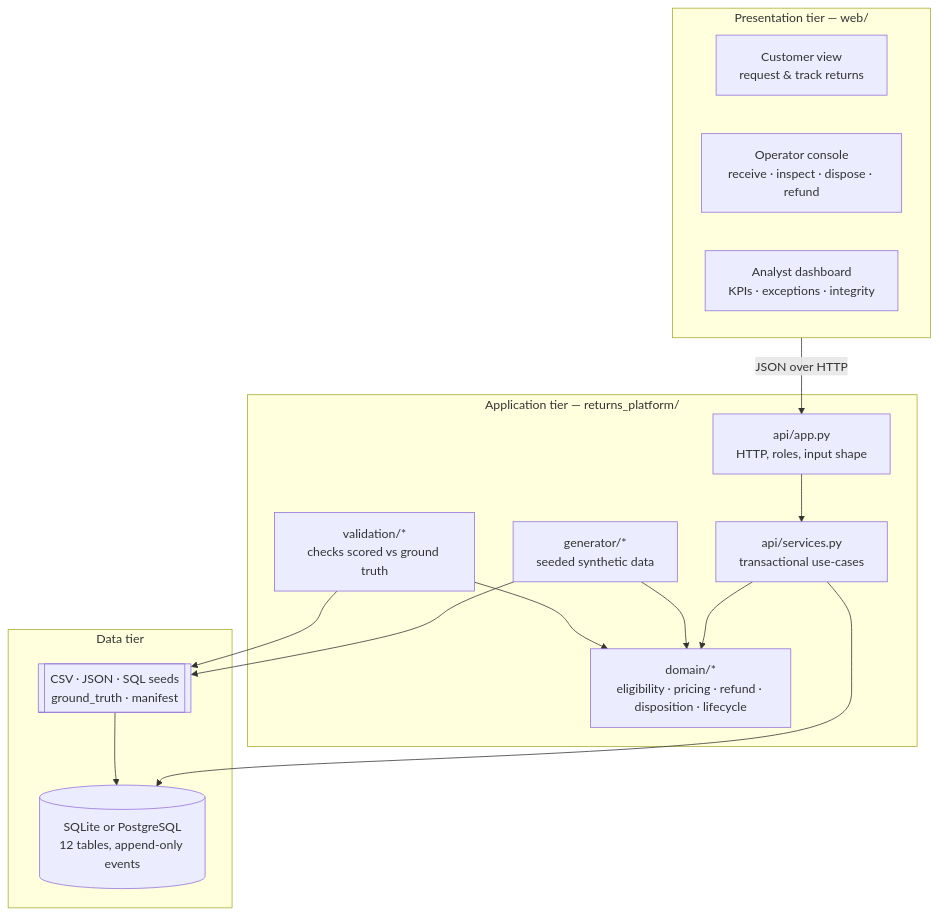
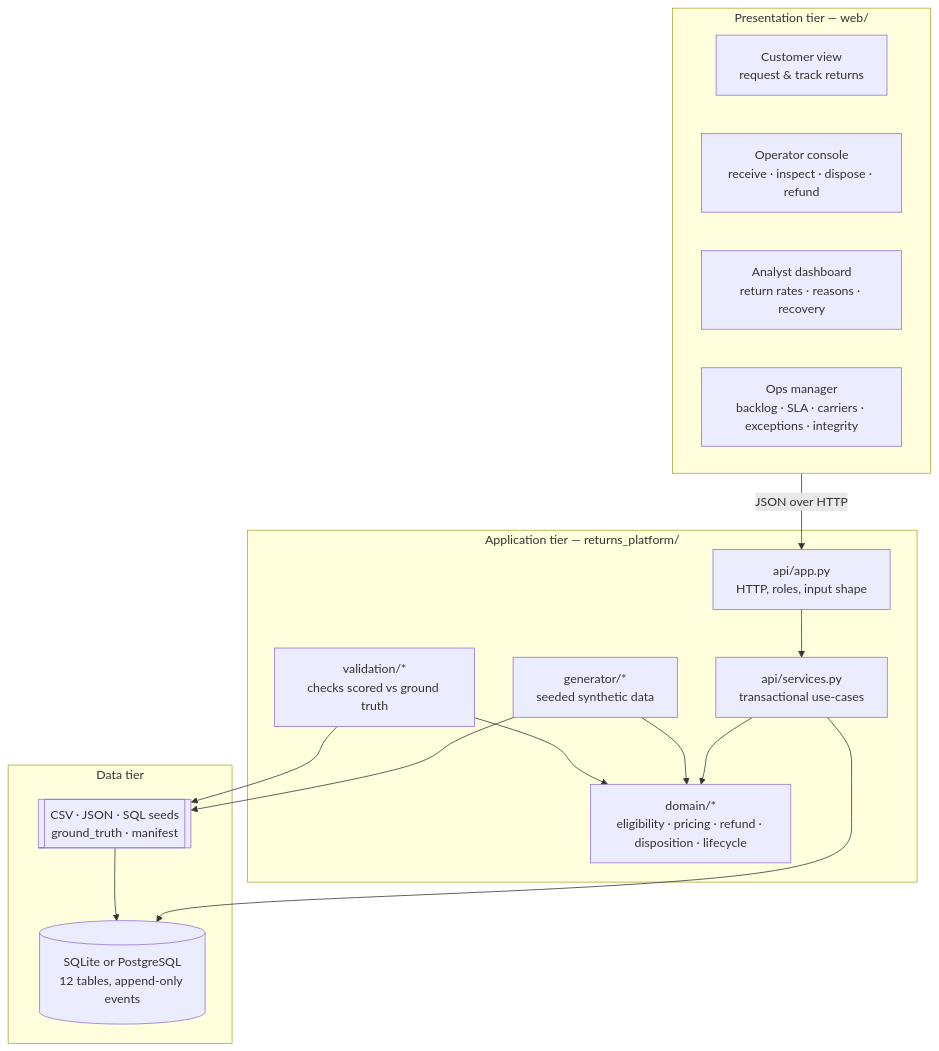
The first of 2 diagrams in docs/architecture.md (Shubhamyadav200323/returns-platform), drawn with Mermaid before and after one commit. The commit also changed other lines of this file and 5 other files, not shown here.

````diff
--- a/docs/architecture.md
+++ b/docs/architecture.md
@@ -5,25 +5,26 @@
 ```mermaid
 flowchart TB
   subgraph P[Presentation tier — web/]
     C[Customer view<br/>request & track returns]
     O[Operator console<br/>receive · inspect · dispose · refund]
-    A[Analyst dashboard<br/>KPIs · exceptions · integrity]
+    A[Analyst dashboard<br/>return rates · reasons · recovery]
+    M[Ops manager<br/>backlog · SLA · carriers · exceptions · integrity]
   end
   subgraph AP[Application tier — returns_platform/]
     API[api/app.py<br/>HTTP, roles, input shape]
     SVC[api/services.py<br/>transactional use-cases]
     DOM[domain/*<br/>eligibility · pricing · refund · disposition · lifecycle]
     GEN[generator/*<br/>seeded synthetic data]
     VAL[validation/*<br/>checks scored vs ground truth]
   end
   subgraph D[Data tier]
     DB[(SQLite or PostgreSQL<br/>12 tables, append-only events)]
     FILES[[CSV · JSON · SQL seeds<br/>ground_truth · manifest]]
   end
   P -->|JSON over HTTP| API --> SVC --> DOM
   SVC --> DB
   GEN --> DOM
   GEN --> FILES --> DB
   VAL --> DOM
   VAL --> FILES
 ```
````
